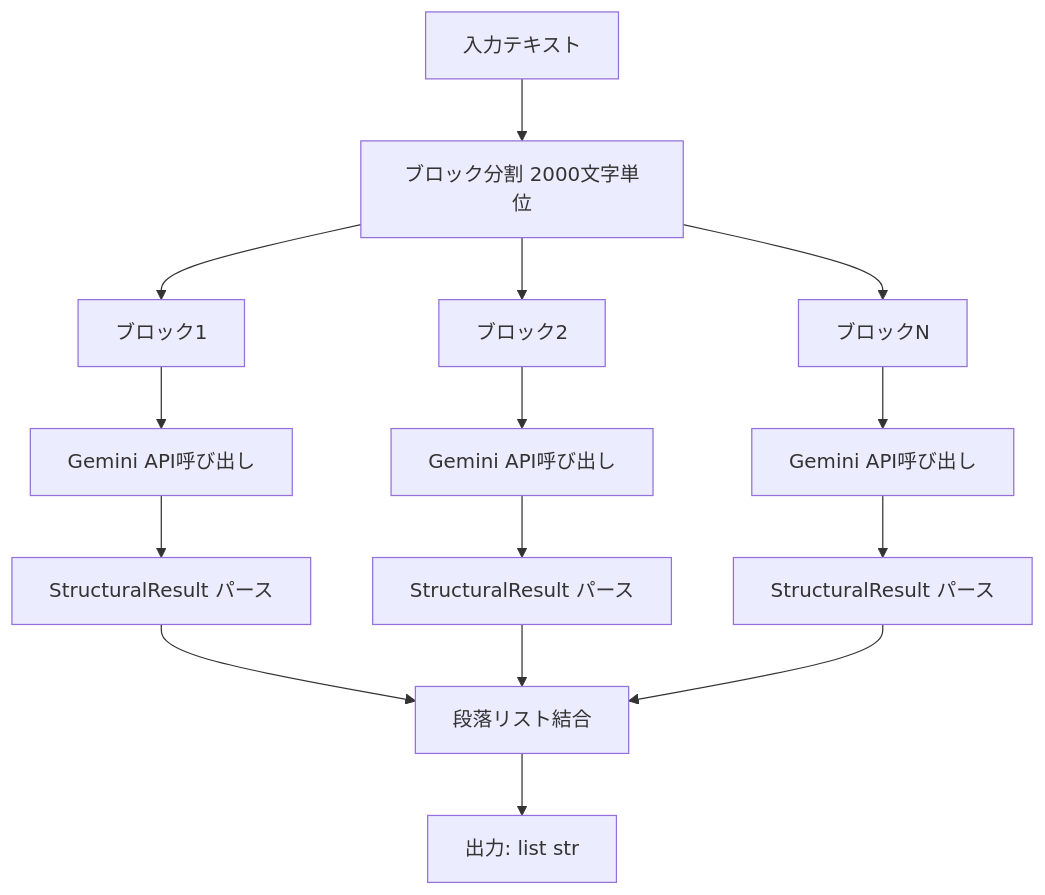
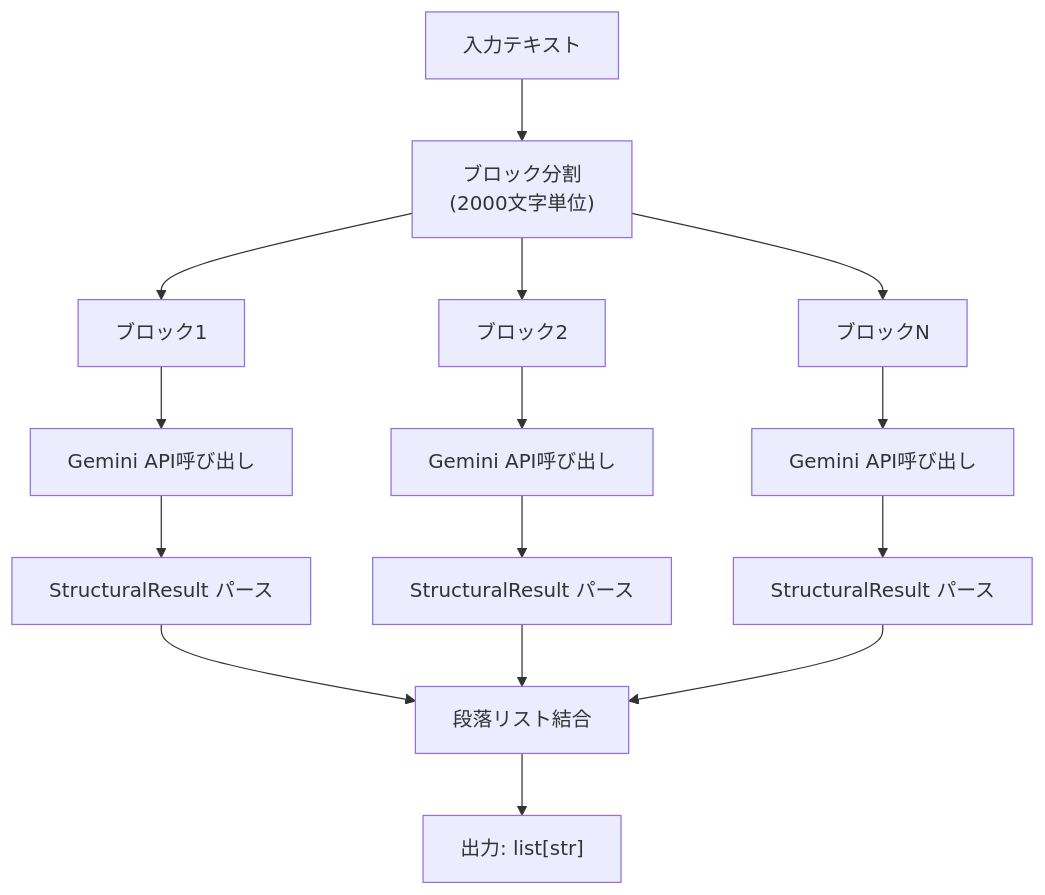
The third of 5 diagrams in chunking/doc/step1.md (nakashima2toshio/gemini_grace_agent), drawn with Mermaid before and after one commit. The commit also changed other lines of this file and 134 other files, not shown here.

````diff
--- a/chunking/doc/step1.md
+++ b/chunking/doc/step1.md
@@ -116,21 +168,21 @@
 ```mermaid
-graph TD
-    A[入力テキスト] --> B[ブロック分割 2000文字単位]
-    B --> C[ブロック1]
-    B --> D[ブロック2]
-    B --> E[ブロックN]
+flowchart TB
+    A["入力テキスト"] --> B["ブロック分割<br/>(2000文字単位)"]
+    B --> C["ブロック1"]
+    B --> D["ブロック2"]
+    B --> E["ブロックN"]
 
-    C --> F[Gemini API呼び出し]
-    D --> G[Gemini API呼び出し]
-    E --> H[Gemini API呼び出し]
+    C --> F["Gemini API呼び出し"]
+    D --> G["Gemini API呼び出し"]
+    E --> H["Gemini API呼び出し"]
 
-    F --> I[StructuralResult パース]
-    G --> J[StructuralResult パース]
-    H --> K[StructuralResult パース]
+    F --> I["StructuralResult パース"]
+    G --> J["StructuralResult パース"]
+    H --> K["StructuralResult パース"]
 
-    I --> L[段落リスト結合]
+    I --> L["段落リスト結合"]
     J --> L
     K --> L
 
-    L --> M[出力: list str]
+    L --> M["出力: list[str]"]
 ```
````
